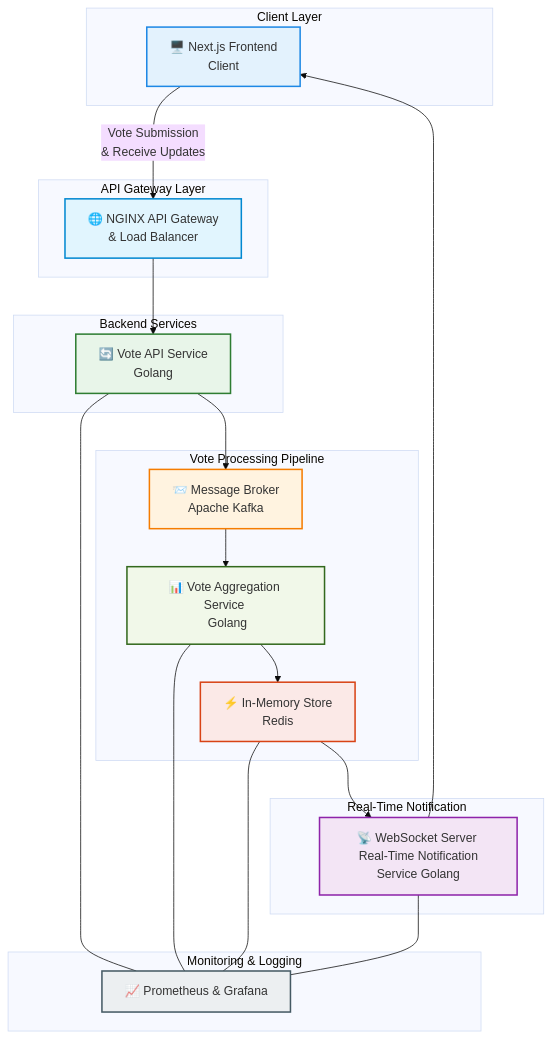
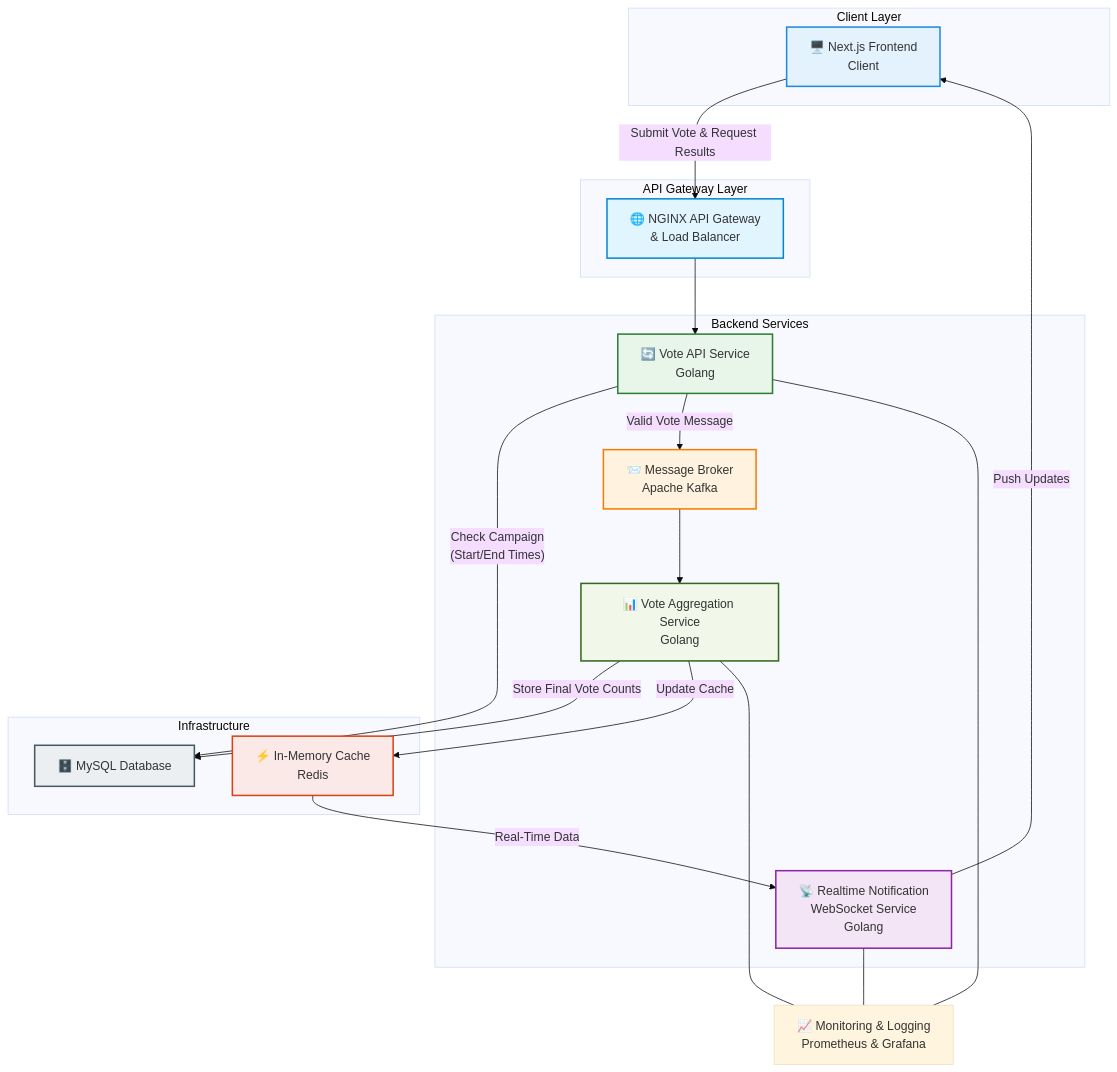
One commit to EricNguyen1206/Notify changed the diagram in README.md. Above: the diagram before and after it, drawn with Mermaid (base theme).

Commit message:
Update README.md
Update the Hign-level design

````diff
--- a/README.md
+++ b/README.md
@@ -13,58 +13,57 @@
 ```mermaid
 flowchart TD
     %% Client Layer
     subgraph Client Layer
-        A[🖥️ Next.js Frontend <br/> Client] 
+        A[🖥️ Next.js Frontend<br/>Client]
     end
     style A fill:#E3F2FD,stroke:#1E88E5,stroke-width:2px
 
     %% API Gateway Layer
     subgraph API Gateway Layer
-        B[🌐 NGINX API Gateway <br/> & Load Balancer]
+        B[🌐 NGINX API Gateway<br/>& Load Balancer]
     end
     style B fill:#E1F5FE,stroke:#0288D1,stroke-width:2px
 
-    %% Backend Services
+    %% Backend Services Layer
     subgraph Backend Services
-        C[🔄 Vote API Service <br/> Golang]
+        C[🔄 Vote API Service<br/>Golang]
+        D[📨 Message Broker<br/>Apache Kafka]
+        E[📊 Vote Aggregation Service<br/>Golang]
+        G[📡 Realtime Notification<br/>WebSocket Service<br/>Golang]
     end
     style C fill:#E8F5E9,stroke:#2E7D32,stroke-width:2px
-
-    %% Vote Processing Pipeline
-    subgraph Vote Processing Pipeline
-        D[📨 Message Broker <br/> Apache Kafka]
-        E[📊 Vote Aggregation Service <br/> Golang]
-        F[⚡ In-Memory Store <br/> Redis]
-    end
     style D fill:#FFF3E0,stroke:#F57C00,stroke-width:2px
     style E fill:#F1F8E9,stroke:#33691E,stroke-width:2px
-    style F fill:#FBE9E7,stroke:#D84315,stroke-width:2px
-
-    %% Real-Time Notification
-    subgraph Real-Time Notification
-        G[📡 WebSocket Server <br/> Real-Time Notification Service Golang]
-    end
     style G fill:#F3E5F5,stroke:#8E24AA,stroke-width:2px
 
-    %% Monitoring & Logging
-    subgraph Monitoring & Logging
-        H[📈 Prometheus & Grafana]
+    %% Supporting Infrastructure Layer
+    subgraph Infrastructure
+        F[⚡ In-Memory Cache<br/>Redis]
+        H[🗄️ MySQL Database]
     end
+    style F fill:#FBE9E7,stroke:#D84315,stroke-width:2px
     style H fill:#ECEFF1,stroke:#455A64,stroke-width:2px
 
     %% Connections
-    A -- "Vote Submission <br/> & Receive Updates" --> B
+    A -- "Submit Vote & Request Results" --> B
     B --> C
-    C --> D
+
+    %% Vote API Service interactions
+    C -- "Check Campaign<br/>(Start/End Times)" --> H
+    C -- "Valid Vote Message" --> D
+
+    %% Vote Processing Pipeline
     D --> E
-    E --> F
-    F --> G
-    G --> A
+    E -- "Store Final Vote Counts" --> H
+    E -- "Update Cache" --> F
 
-    %% Monitoring Connections
-    C --- H
-    E --- H
-    F --- H
-    G --- H
+    %% Real-Time Updates
+    F -- "Real-Time Data" --> G
+    G -- "Push Updates" --> A
+
+    %% Optional Monitoring & Logging (Not colored for brevity)
+    C --- M[📈 Monitoring & Logging <br/> Prometheus & Grafana]
+    E --- M
+    G --- M
 
 ```
````
